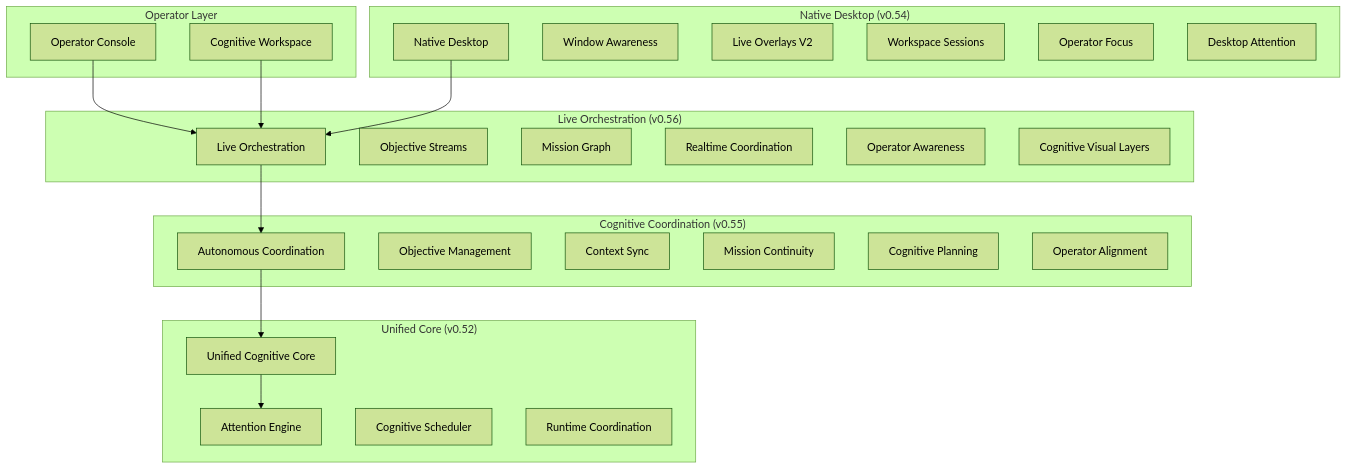
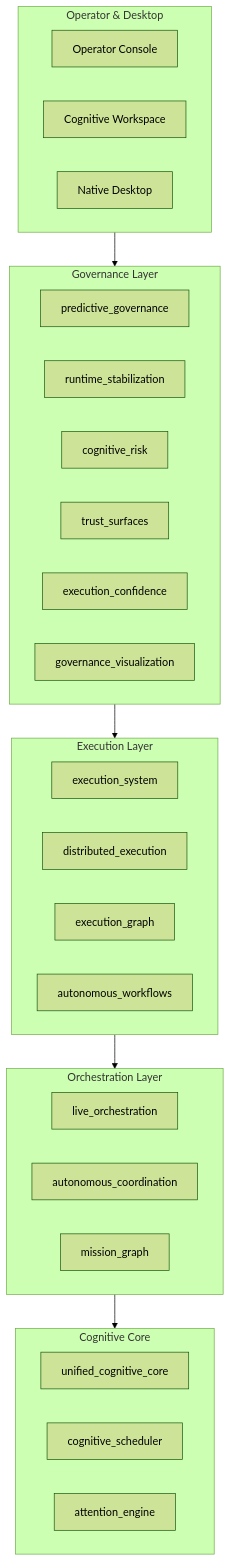
Before and after one commit to FrostXMello/odin-runtime: the second of 2 diagrams in README.md, drawn with Mermaid (forest theme). The commit also changed other lines of this file and 24 other files, not shown here.

````diff
--- a/README.md
+++ b/README.md
@@ -46,48 +115,41 @@
 ```mermaid
 flowchart TB
-    subgraph Operator["Operator Layer"]
+    subgraph UI["Operator & Desktop"]
         OC[Operator Console]
         CW[Cognitive Workspace]
+        ND[Native Desktop]
     end
 
-    subgraph Orchestration["Live Orchestration (v0.56)"]
-        LO[Live Orchestration]
-        OS[Objective Streams]
-        MG[Mission Graph]
-        RC[Realtime Coordination]
-        OSA[Operator Awareness]
-        CVL[Cognitive Visual Layers]
+    subgraph Gov["Governance Layer"]
+        PG[predictive_governance]
+        RS[runtime_stabilization]
+        CR[cognitive_risk]
+        TS[trust_surfaces]
+        EC[execution_confidence]
+        GV[governance_visualization]
     end
 
-    subgraph Coordination["Cognitive Coordination (v0.55)"]
-        AC[Autonomous Coordination]
-        OM[Objective Management]
-        CS[Context Sync]
-        MC[Mission Continuity]
-        CP[Cognitive Planning]
-        OA[Operator Alignment]
+    subgraph Exec["Execution Layer"]
+        ES[execution_system]
+        DE[distributed_execution]
+        EG[execution_graph]
+        AW[autonomous_workflows]
     end
 
-    subgraph Desktop["Native Desktop (v0.54)"]
-        ND[Native Desktop]
-        WA[Window Awareness]
-        LO2[Live Overlays V2]
-        WS[Workspace Sessions]
-        OF[Operator Focus]
-        DA[Desktop Attention]
+    subgraph Orch["Orchestration Layer"]
+        LO[live_orchestration]
+        AC[autonomous_coordination]
+        MG[mission_graph]
     end
 
-    subgraph Core["Unified Core (v0.52)"]
-        UCC[Unified Cognitive Core]
-        AE[Attention Engine]
-        SCH[Cognitive Scheduler]
-        RC2[Runtime Coordination]
+    subgraph Core["Cognitive Core"]
+        UCC[unified_cognitive_core]
+        SCH[cognitive_scheduler]
+        AE[attention_engine]
     end
 
-    OC --> LO
-    CW --> LO
-    LO --> AC
-    AC --> UCC
-    ND --> LO
-    UCC --> AE
+    UI --> Gov
+    Gov --> Exec
+    Exec --> Orch
+    Orch --> Core
 ```
````
